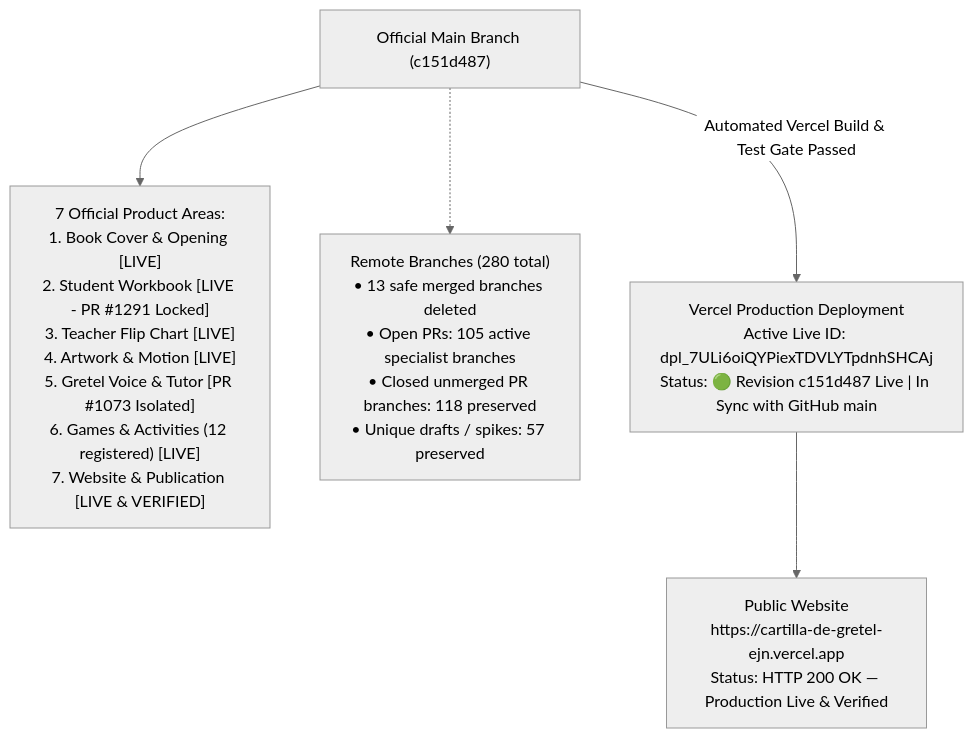
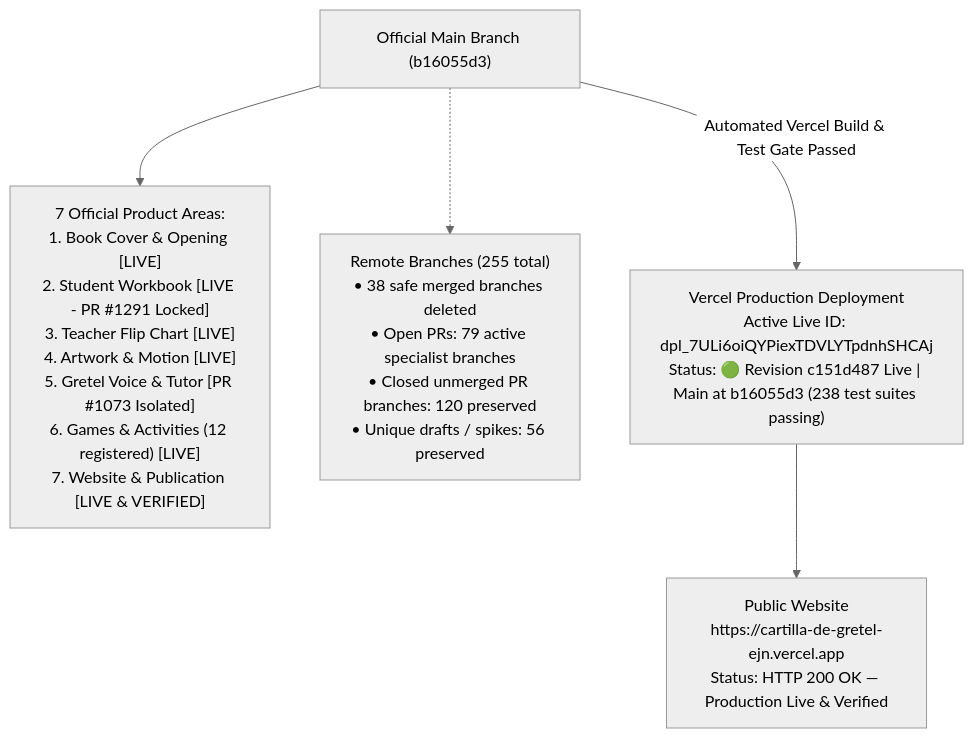
The first of 2 diagrams in docs/OWNER-VISUAL-STATUS.md (ejnburrows-rgb/cartilla-de-gretel), drawn with Mermaid (neutral theme) before and after one commit. The commit also changed other lines of this file and 1 other file, not shown here.

Commit message:
docs: update OWNER-VISUAL-STATUS with 25 merged PRs and branch hygiene metrics (#1296)

````diff
--- a/docs/OWNER-VISUAL-STATUS.md
+++ b/docs/OWNER-VISUAL-STATUS.md
@@ -16,13 +16,13 @@
 ```mermaid
 flowchart TD
-    MAIN["Official Main Branch (c151d487)"]
+    MAIN["Official Main Branch (b16055d3)"]
     AREAS["7 Official Product Areas:<br/>1. Book Cover & Opening [LIVE]<br/>2. Student Workbook [LIVE - PR #1291 Locked]<br/>3. Teacher Flip Chart [LIVE]<br/>4. Artwork & Motion [LIVE]<br/>5. Gretel Voice & Tutor [PR #1073 Isolated]<br/>6. Games & Activities (12 registered) [LIVE]<br/>7. Website & Publication [LIVE & VERIFIED]"]
-    BRANCHES["Remote Branches (280 total)<br/>• 13 safe merged branches deleted<br/>• Open PRs: 105 active specialist branches<br/>• Closed unmerged PR branches: 118 preserved<br/>• Unique drafts / spikes: 57 preserved"]
-    VERCEL["Vercel Production Deployment<br/>Active Live ID: dpl_7ULi6oiQYPiexTDVLYTpdnhSHCAj<br/>Status: 🟢 Revision c151d487 Live | In Sync with GitHub main"]
+    BRANCHES["Remote Branches (255 total)<br/>• 38 safe merged branches deleted<br/>• Open PRs: 79 active specialist branches<br/>• Closed unmerged PR branches: 120 preserved<br/>• Unique drafts / spikes: 56 preserved"]
+    VERCEL["Vercel Production Deployment<br/>Active Live ID: dpl_7ULi6oiQYPiexTDVLYTpdnhSHCAj<br/>Status: 🟢 Revision c151d487 Live | Main at b16055d3 (238 test suites passing)"]
     LIVE["Public Website<br/>https://cartilla-de-gretel-ejn.vercel.app<br/>Status: HTTP 200 OK — Production Live & Verified"]
 
     MAIN --> AREAS
     MAIN -.-> BRANCHES
     MAIN -->|Automated Vercel Build & Test Gate Passed| VERCEL
     VERCEL --> LIVE
 ```
````
